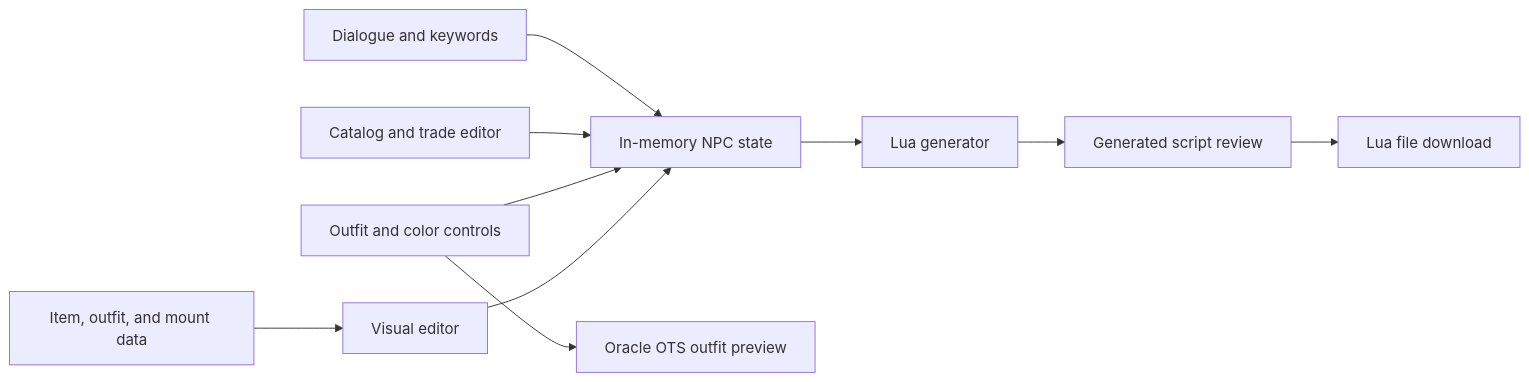
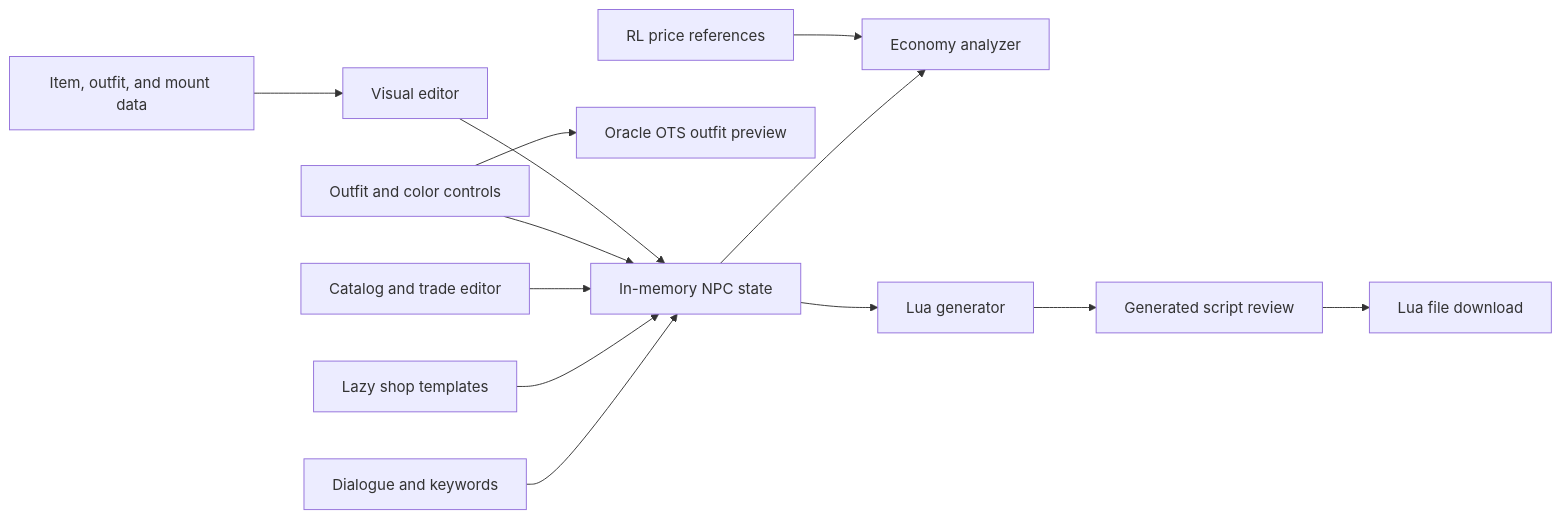
One commit to Sorairei/sora-npcmaker changed the diagram in README.md. Above: the diagram before and after it, drawn with Mermaid. The commit also changed other lines of this file and 2 other files, not shown here.

````diff
--- a/README.md
+++ b/README.md
@@ -112,12 +130,15 @@
 ```mermaid
 flowchart LR
     DATA[Item, outfit, and mount data] --> UI[Visual editor]
     UI --> STATE[In-memory NPC state]
     PALETTE[Outfit and color controls] --> STATE
     PALETTE --> PREVIEW[Oracle OTS outfit preview]
     CATALOG[Catalog and trade editor] --> STATE
+    TEMPLATES[Lazy shop templates] --> STATE
+    REFERENCES[RL price references] --> ANALYZER[Economy analyzer]
+    STATE --> ANALYZER
     DIALOGUE[Dialogue and keywords] --> STATE
     STATE --> GENERATOR[Lua generator]
     GENERATOR --> REVIEW[Generated script review]
     REVIEW --> DOWNLOAD[Lua file download]
 ```
````
